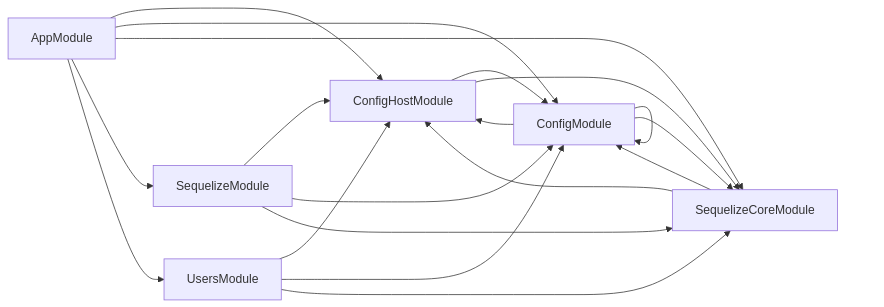
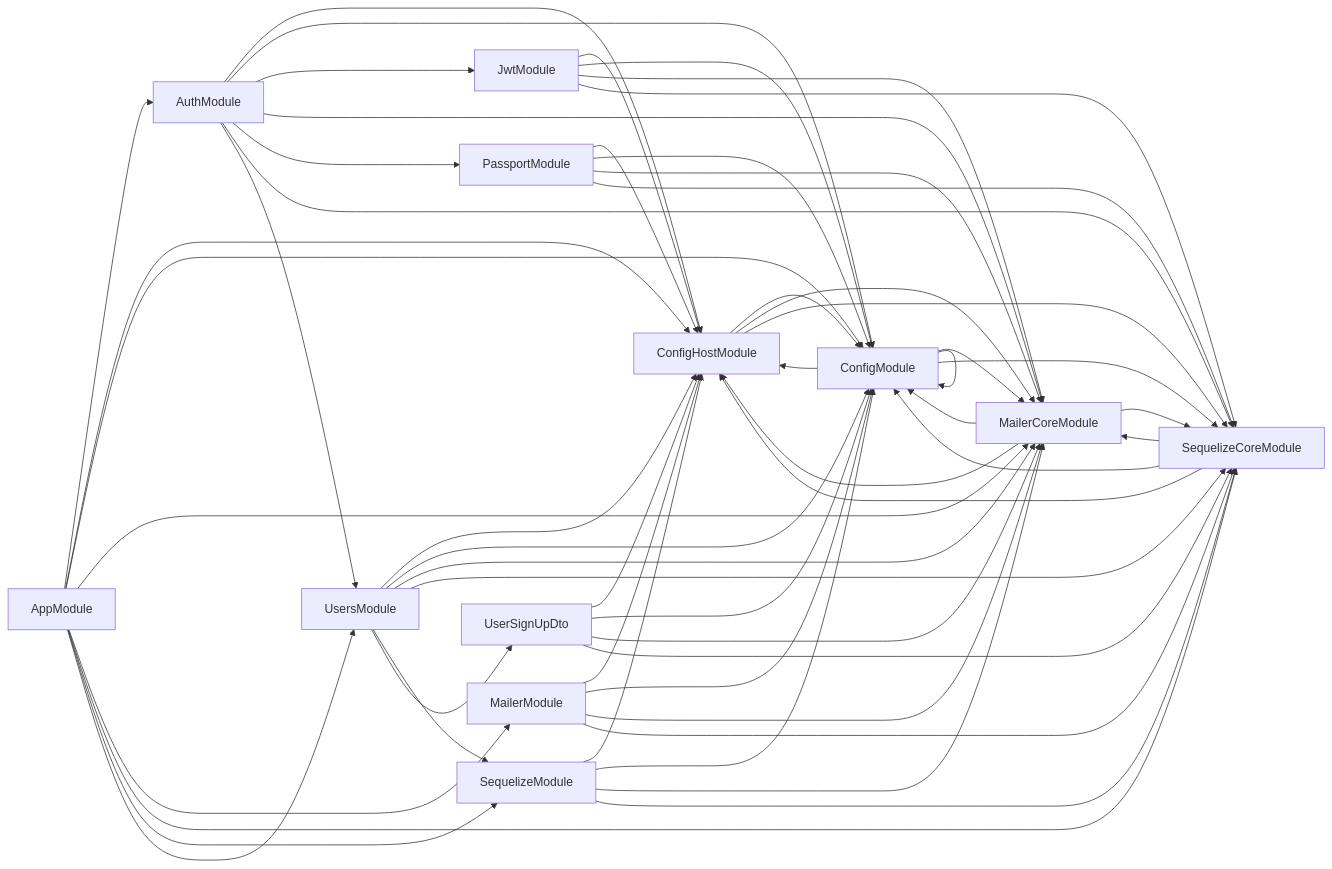
Before and after one commit to csc13001-kafi/csc13001-kafi-server: the diagram in deps.mermaid, drawn with Mermaid. The commit also changed 18 other files, not shown here.

Commit message:
feat: add auth module

```diff
--- a/deps.mermaid
+++ b/deps.mermaid
@@ -1,19 +1,55 @@
 graph LR
-    AppModule-->ConfigHostModule
+    AppModule-->AuthModule
+  AppModule-->ConfigHostModule
   AppModule-->ConfigModule
+  AppModule-->MailerCoreModule
+  AppModule-->MailerModule
   AppModule-->SequelizeCoreModule
   AppModule-->SequelizeModule
   AppModule-->UsersModule
+  AuthModule-->ConfigHostModule
+  AuthModule-->ConfigModule
+  AuthModule-->JwtModule
+  AuthModule-->MailerCoreModule
+  AuthModule-->PassportModule
+  AuthModule-->SequelizeCoreModule
+  AuthModule-->UsersModule
   ConfigHostModule-->ConfigModule
+  ConfigHostModule-->MailerCoreModule
   ConfigHostModule-->SequelizeCoreModule
   ConfigModule-->ConfigHostModule
   ConfigModule-->ConfigModule
+  ConfigModule-->MailerCoreModule
   ConfigModule-->SequelizeCoreModule
+  JwtModule-->ConfigHostModule
+  JwtModule-->ConfigModule
+  JwtModule-->MailerCoreModule
+  JwtModule-->SequelizeCoreModule
+  MailerCoreModule-->ConfigHostModule
+  MailerCoreModule-->ConfigModule
+  MailerCoreModule-->SequelizeCoreModule
+  MailerModule-->ConfigHostModule
+  MailerModule-->ConfigModule
+  MailerModule-->MailerCoreModule
+  MailerModule-->SequelizeCoreModule
+  PassportModule-->ConfigHostModule
+  PassportModule-->ConfigModule
+  PassportModule-->MailerCoreModule
+  PassportModule-->SequelizeCoreModule
   SequelizeCoreModule-->ConfigHostModule
   SequelizeCoreModule-->ConfigModule
+  SequelizeCoreModule-->MailerCoreModule
   SequelizeModule-->ConfigHostModule
   SequelizeModule-->ConfigModule
+  SequelizeModule-->MailerCoreModule
   SequelizeModule-->SequelizeCoreModule
+  UserSignUpDto-->ConfigHostModule
+  UserSignUpDto-->ConfigModule
+  UserSignUpDto-->MailerCoreModule
+  UserSignUpDto-->SequelizeCoreModule
   UsersModule-->ConfigHostModule
   UsersModule-->ConfigModule
+  UsersModule-->MailerCoreModule
   UsersModule-->SequelizeCoreModule
+  UsersModule-->SequelizeModule
+  UsersModule-->UserSignUpDto
```
